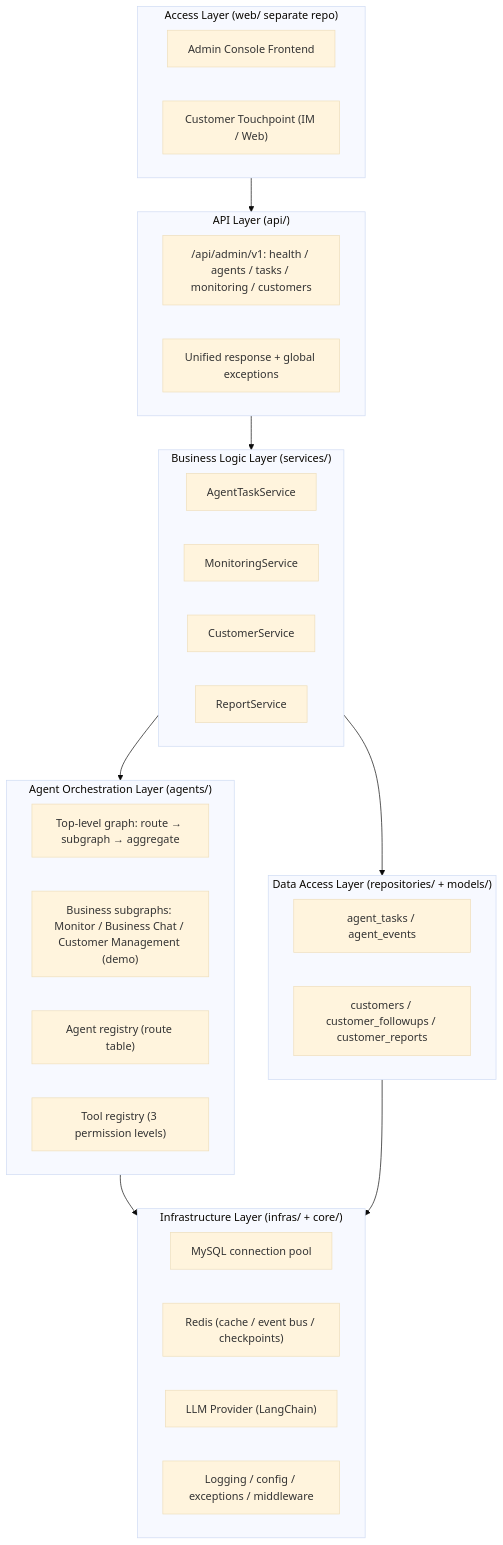
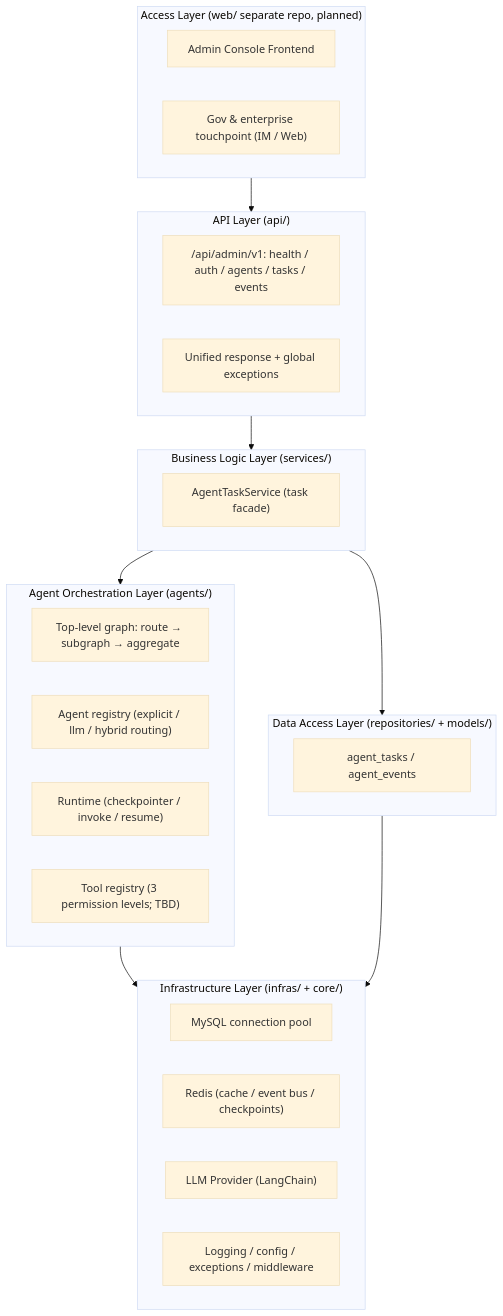
One commit to chain-engine/x-BeiChen changed the first of 3 diagrams in server/README.en.md. Above: the diagram before and after it, drawn with Mermaid (base theme). The commit also changed other lines of this file and 9 other files, not shown here.

````diff
--- a/server/README.en.md
+++ b/server/README.en.md
@@ -207,43 +208,39 @@
 ```mermaid
 flowchart TB
-    subgraph Web["Access Layer (web/ separate repo)"]
+    subgraph Web["Access Layer (web/ separate repo, planned)"]
         W1["Admin Console Frontend"]
-        W2["Customer Touchpoint (IM / Web)"]
+        W2["Gov & enterprise touchpoint (IM / Web)"]
     end
 
     subgraph API["API Layer (api/)"]
-        A1["/api/admin/v1: health / agents / tasks / monitoring / customers"]
+        A1["/api/admin/v1: health / auth / agents / tasks / events"]
         A2["Unified response + global exceptions"]
     end
 
     subgraph ORCH["Agent Orchestration Layer (agents/)"]
         C1["Top-level graph: route → subgraph → aggregate"]
-        C2["Business subgraphs: Monitor / Business Chat / Customer Management (demo)"]
-        C3["Agent registry (route table)"]
-        C4["Tool registry (3 permission levels)"]
+        C2["Agent registry (explicit / llm / hybrid routing)"]
+        C3["Runtime (checkpointer / invoke / resume)"]
+        C4["Tool registry (3 permission levels; TBD)"]
     end
 
     subgraph BIZ["Business Logic Layer (services/)"]
-        D1["AgentTaskService"]
-        D2["MonitoringService"]
-        D3["CustomerService"]
-        D4["ReportService"]
+        D1["AgentTaskService (task facade)"]
     end
 
     subgraph DATA["Data Access Layer (repositories/ + models/)"]
         E1["agent_tasks / agent_events"]
-        E2["customers / customer_followups / customer_reports"]
     end
 
     subgraph INFRA["Infrastructure Layer (infras/ + core/)"]
         F1["MySQL connection pool"]
         F2["Redis (cache / event bus / checkpoints)"]
         F3["LLM Provider (LangChain)"]
         F4["Logging / config / exceptions / middleware"]
     end
 
     Web --> API --> BIZ --> DATA
     BIZ --> ORCH
     ORCH --> INFRA
     DATA --> INFRA
 ```
````
